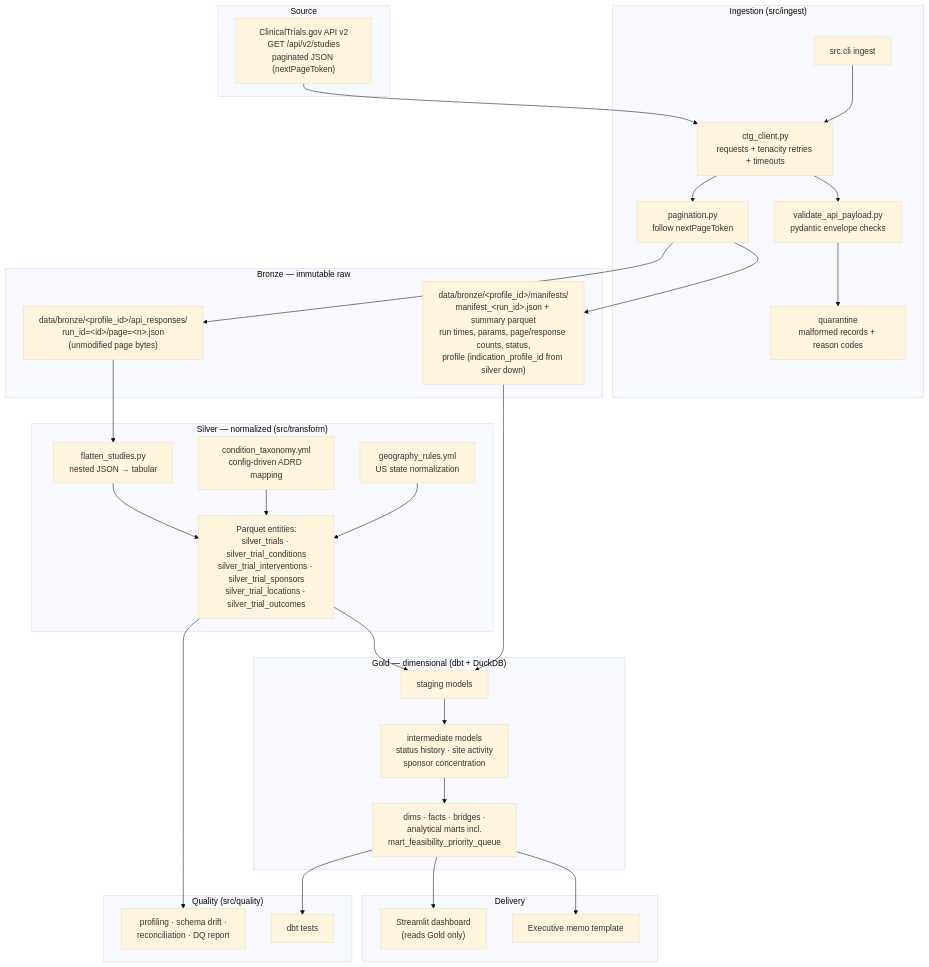
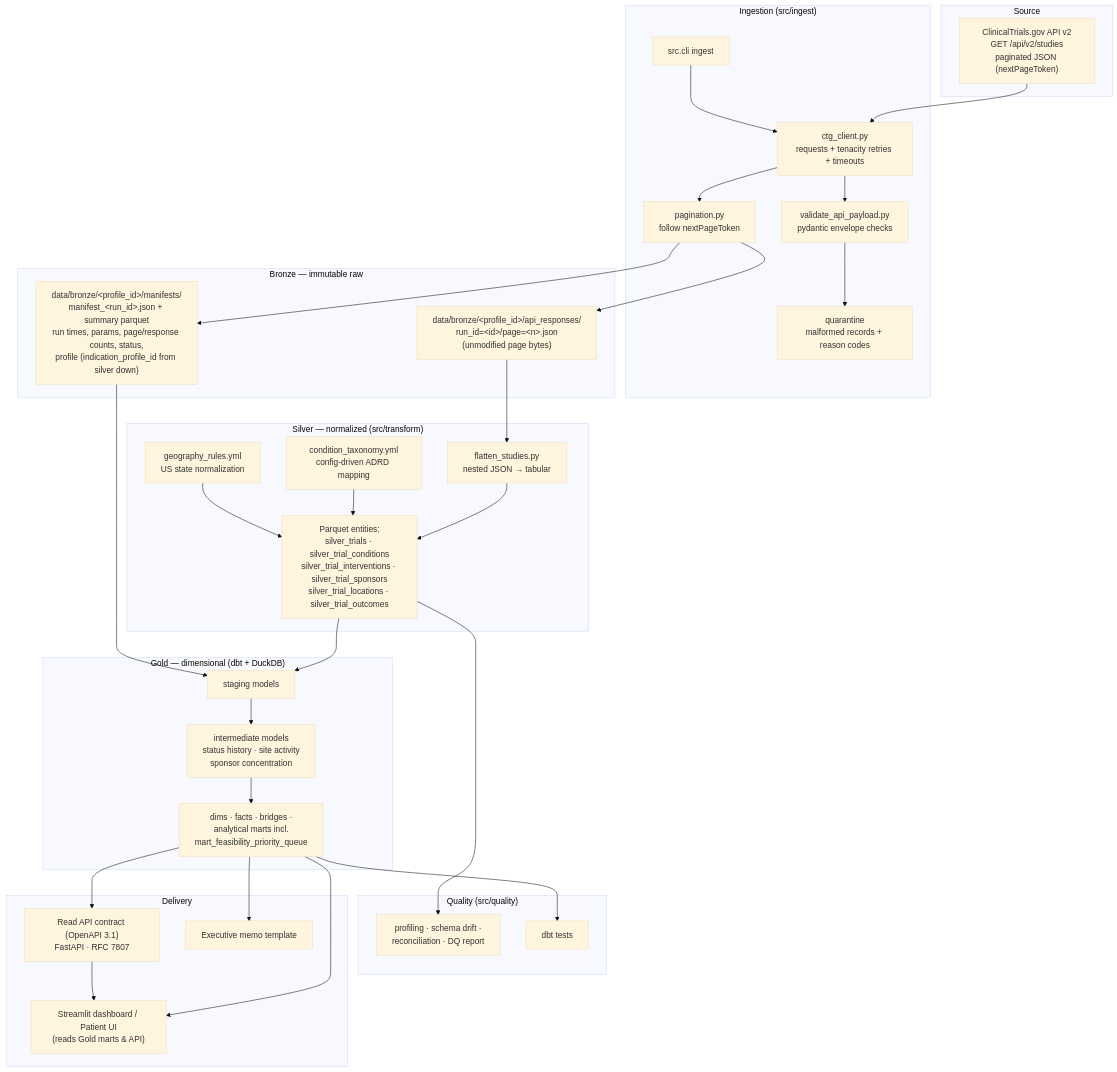
One commit to ne1cc/cti-dashboard changed the first of 2 diagrams in docs/architecture.md. Above: the diagram before and after it, drawn with Mermaid (base theme). The commit also changed other lines of this file and 5 other files, not shown here.

Commit message:
docs(api): formalize read api contract and openapi spec (#58)

````diff
--- a/docs/architecture.md
+++ b/docs/architecture.md
@@ -10,56 +10,59 @@
 ```mermaid
 flowchart TB
     subgraph SRC["Source"]
         CTG["ClinicalTrials.gov API v2<br/>GET /api/v2/studies<br/>paginated JSON (nextPageToken)"]
     end
 
     subgraph ING["Ingestion (src/ingest)"]
         CLI["src.cli ingest"]
         CLIENT["ctg_client.py<br/>requests + tenacity retries + timeouts"]
         PAGES["pagination.py<br/>follow nextPageToken"]
         VAL["validate_api_payload.py<br/>pydantic envelope checks"]
         QUAR["quarantine<br/>malformed records + reason codes"]
     end
 
     subgraph BRONZE["Bronze — immutable raw"]
         RAWJSON["data/bronze/&lt;profile_id&gt;/api_responses/<br/>run_id=&lt;id&gt;/page=&lt;n&gt;.json<br/>(unmodified page bytes)"]
         MANIFEST["data/bronze/&lt;profile_id&gt;/manifests/<br/>manifest_&lt;run_id&gt;.json + summary parquet<br/>run times, params, page/response counts, status,<br/>profile (indication_profile_id from silver down)"]
     end
 
     subgraph SILVER["Silver — normalized (src/transform)"]
         FLAT["flatten_studies.py<br/>nested JSON → tabular"]
         ENTITIES["Parquet entities:<br/>silver_trials · silver_trial_conditions<br/>silver_trial_interventions · silver_trial_sponsors<br/>silver_trial_locations · silver_trial_outcomes"]
         TAX["condition_taxonomy.yml<br/>config-driven ADRD mapping"]
         GEO["geography_rules.yml<br/>US state normalization"]
     end
 
     subgraph GOLD["Gold — dimensional (dbt + DuckDB)"]
         STG["staging models"]
         INT["intermediate models<br/>status history · site activity<br/>sponsor concentration"]
         MARTS["dims · facts · bridges ·<br/>analytical marts incl.<br/>mart_feasibility_priority_queue"]
     end
 
     subgraph QA["Quality (src/quality)"]
         PROF["profiling · schema drift ·<br/>reconciliation · DQ report"]
         DBTTEST["dbt tests"]
     end
 
     subgraph OUT["Delivery"]
-        APP["Streamlit dashboard<br/>(reads Gold only)"]
+        API["Read API contract (OpenAPI 3.1)<br/>FastAPI · RFC 7807"]
+        APP["Streamlit dashboard / Patient UI<br/>(reads Gold marts &amp; API)"]
         MEMODOC["Executive memo template"]
     end
 
     CTG --> CLIENT
     CLI --> CLIENT --> PAGES --> RAWJSON
     PAGES --> MANIFEST
     CLIENT --> VAL --> QUAR
     RAWJSON --> FLAT --> ENTITIES
     TAX --> ENTITIES
     GEO --> ENTITIES
     ENTITIES --> STG --> INT --> MARTS
     MANIFEST --> STG
     ENTITIES --> PROF
     MARTS --> DBTTEST
+    MARTS --> API
     MARTS --> APP
     MARTS --> MEMODOC
+    API --> APP
 ```
````
